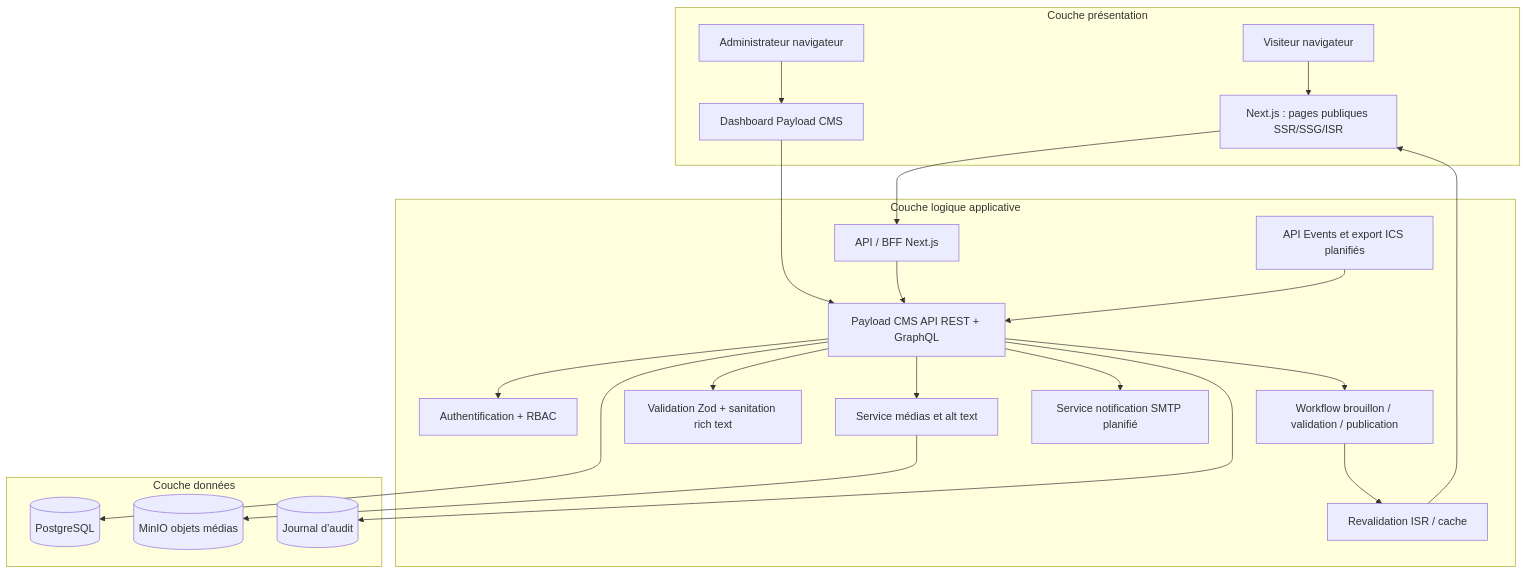
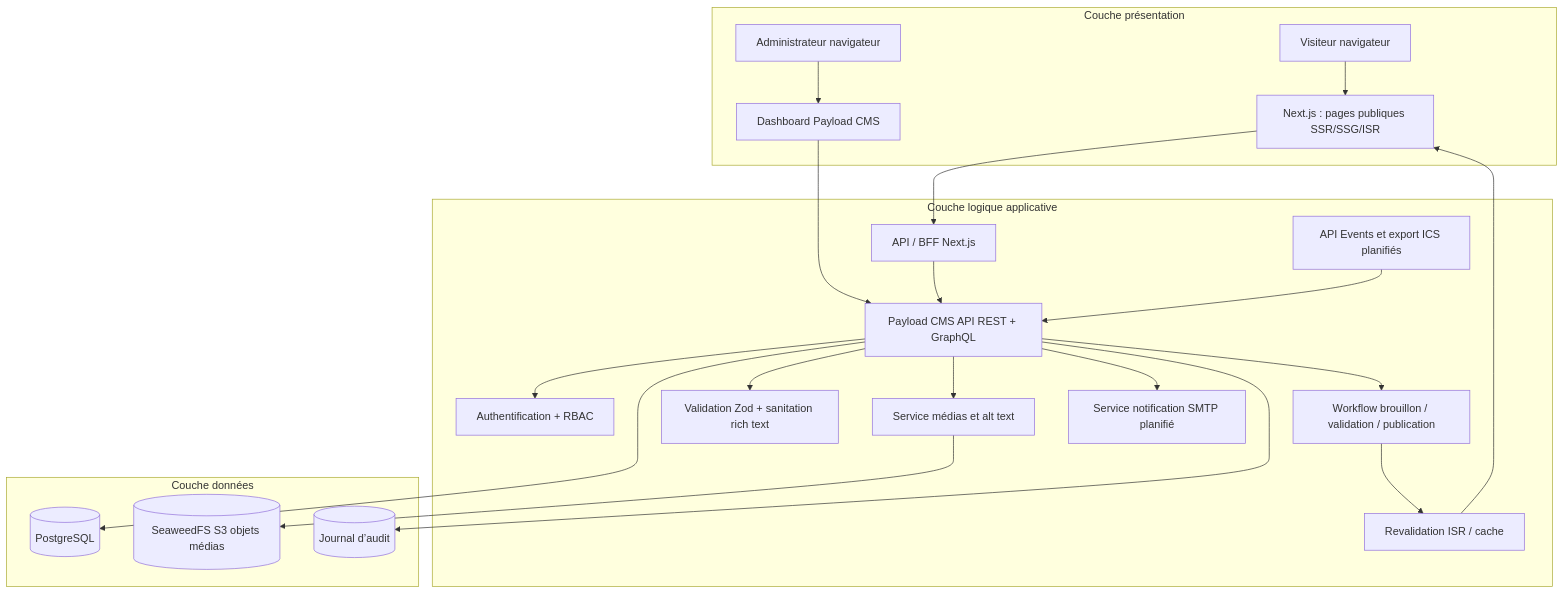
One commit to MannuPy/AfricaIngenierie changed the first of 8 diagrams in docs/architecture-et-uml.md. Above: the diagram before and after it, drawn with Mermaid. The commit also changed other lines of this file and 35 other files, not shown here.

````diff
--- a/docs/architecture-et-uml.md
+++ b/docs/architecture-et-uml.md
@@ -11,41 +11,41 @@
 ```mermaid
 flowchart TB
   subgraph P[Couche présentation]
     Browser[Visiteur navigateur]
     AdminBrowser[Administrateur navigateur]
     Next[Next.js : pages publiques SSR/SSG/ISR]
     PayloadAdmin[Dashboard Payload CMS]
   end
   subgraph L[Couche logique applicative]
     BFF[API / BFF Next.js]
     CMS[Payload CMS API REST + GraphQL]
     Auth[Authentification + RBAC]
     Publish[Workflow brouillon / validation / publication]
     Validate[Validation Zod + sanitation rich text]
     MediaService[Service médias et alt text]
     Mail[Service notification SMTP planifié]
     EventsAPI[API Events et export ICS planifiés]
     Revalidate[Revalidation ISR / cache]
   end
   subgraph D[Couche données]
     PG[(PostgreSQL)]
-    MinIO[(MinIO objets médias)]
+    SeaweedFS[(SeaweedFS S3 objets médias)]
     Audit[(Journal d’audit)]
   end
   Browser --> Next
   AdminBrowser --> PayloadAdmin
   Next --> BFF
   PayloadAdmin --> CMS
   BFF --> CMS
   CMS --> Auth
   CMS --> Publish
   CMS --> Validate
   CMS --> PG
-  MediaService --> MinIO
+  MediaService --> SeaweedFS
   CMS --> MediaService
   CMS --> Audit
   CMS --> Mail
   EventsAPI --> CMS
   Publish --> Revalidate
   Revalidate --> Next
 ```
````
